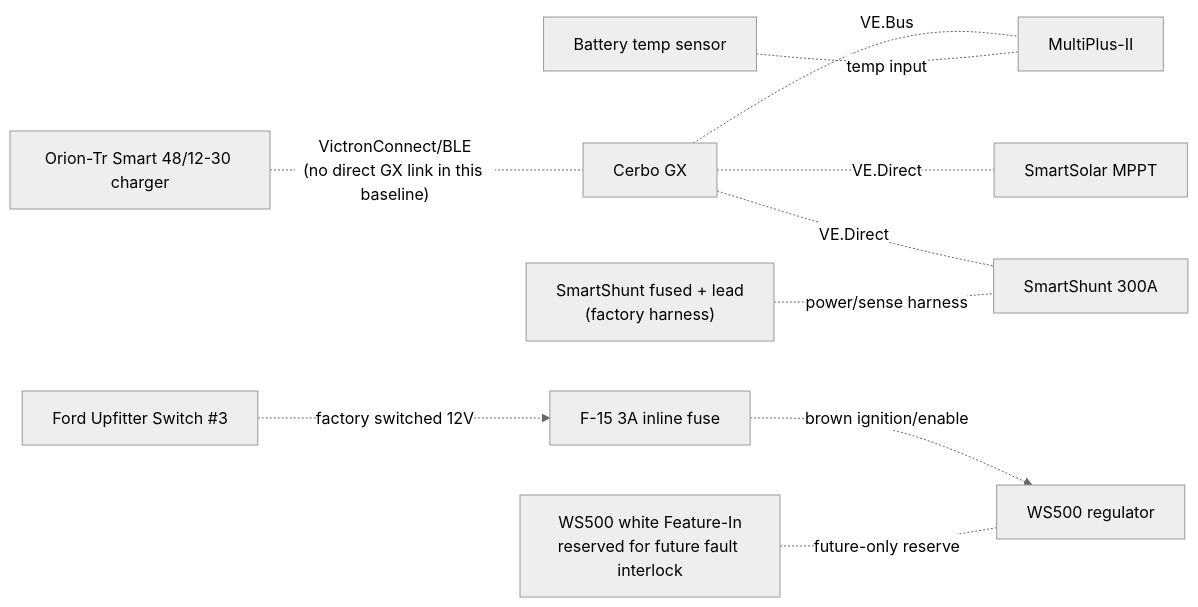
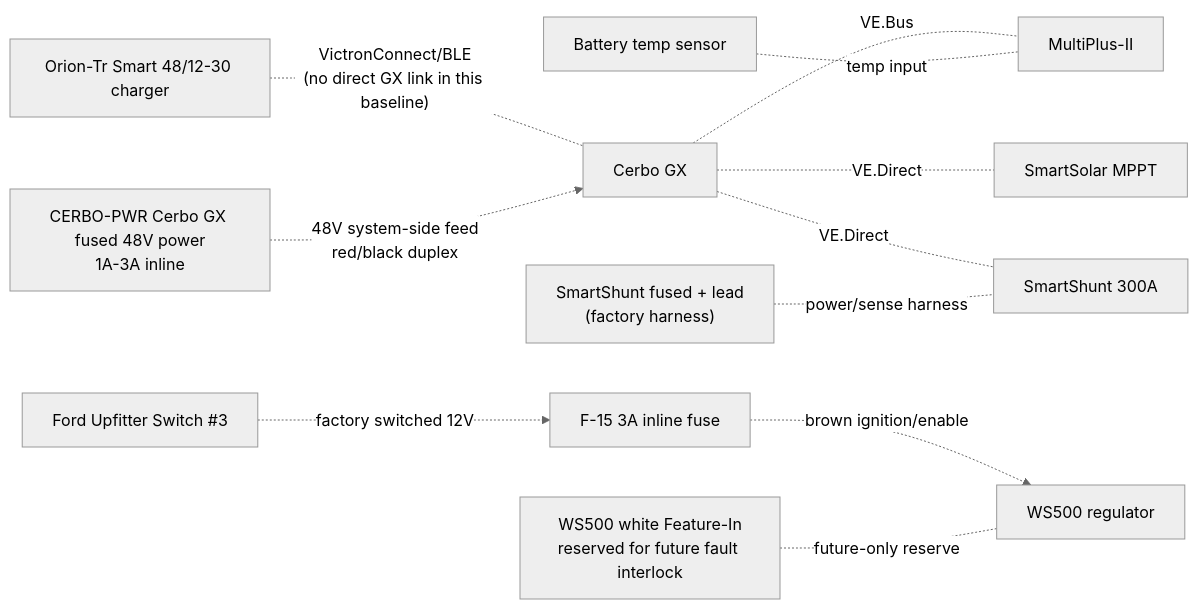
Before and after one commit to DataDaneDev/HiatusBuild: the diagram in docs/pdf_exports/assets/ELECTRICAL_overview_diagram/diagram-04.mmd, drawn with Mermaid (neutral theme). The commit also changed 31 other files, not shown here.

```diff
--- a/docs/pdf_exports/assets/ELECTRICAL_overview_diagram/diagram-04.mmd
+++ b/docs/pdf_exports/assets/ELECTRICAL_overview_diagram/diagram-04.mmd
@@ -1,21 +1,23 @@
 flowchart LR
     CERBO["Cerbo GX"]
     MULTI["MultiPlus-II"]
     MPPT["SmartSolar MPPT"]
     SHUNT["SmartShunt 300A"]
     ORION["Orion-Tr Smart 48/12-30 charger"]
     BTEMP["Battery temp sensor"]
     SHUNT_PWR["SmartShunt fused + lead\n(factory harness)"]
+    CERBO_PWR["CERBO-PWR Cerbo GX fused 48V power\n1A-3A inline"]
     UP3["Ford Upfitter Switch #3"]
     F15["F-15 3A inline fuse"]
     WS500["WS500 regulator"]
     FEAT["WS500 white Feature-In\nreserved for future fault interlock"]
 
     CERBO -. "VE.Bus" .- MULTI
     CERBO -. "VE.Direct" .- MPPT
     CERBO -. "VE.Direct" .- SHUNT
     ORION -. "VictronConnect/BLE\n(no direct GX link in this baseline)" .- CERBO
     BTEMP -. "temp input" .- MULTI
     SHUNT_PWR -. "power/sense harness" .- SHUNT
+    CERBO_PWR -. "48V system-side feed\nred/black duplex" .-> CERBO
     UP3 -. "factory switched 12V" .-> F15 -. "brown ignition/enable" .-> WS500
     FEAT -. "future-only reserve" .- WS500
```
